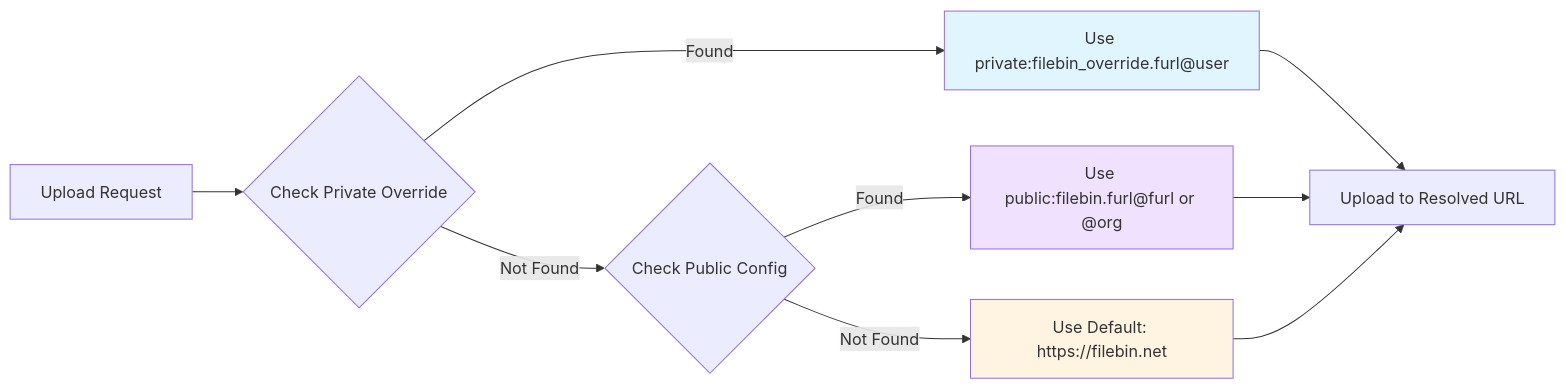
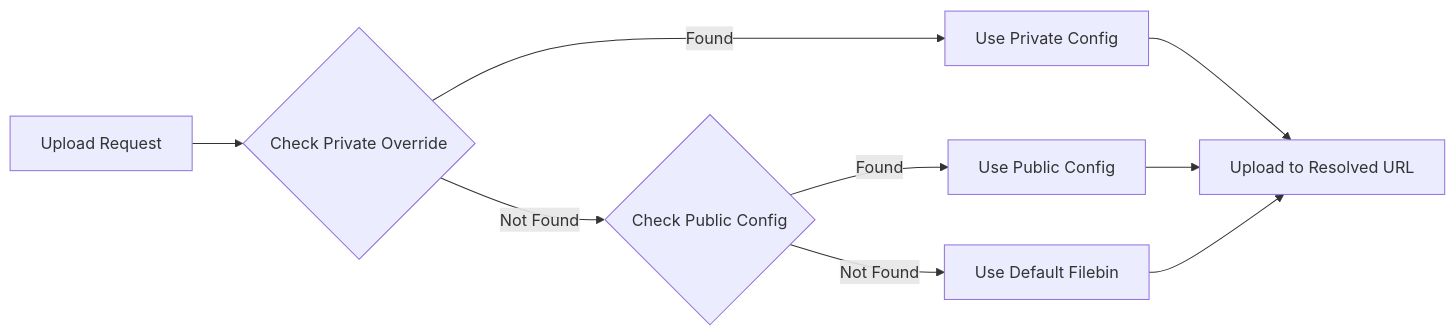
The fourth of 6 diagrams in ARCHITECTURE.md (cconstab/furl), drawn with Mermaid before and after one commit. The commit also changed other lines of this file, not shown here.

````diff
--- a/ARCHITECTURE.md
+++ b/ARCHITECTURE.md
@@ -151,16 +145,12 @@
 ```mermaid
 graph LR
     A[Upload Request] --> B{Check Private Override}
-    B -->|Found| C[Use private:filebin_override.furl@user]
+    B -->|Found| C[Use Private Config]
     B -->|Not Found| D{Check Public Config}
-    D -->|Found| E[Use public:filebin.furl@furl or @org]
-    D -->|Not Found| F[Use Default: https://filebin.net]
+    D -->|Found| E[Use Public Config]
+    D -->|Not Found| F[Use Default Filebin]
     
     C --> G[Upload to Resolved URL]
     E --> G
     F --> G
-    
-    style C fill:#e1f5ff
-    style E fill:#f0e1ff
-    style F fill:#fff4e1
 ```
````
